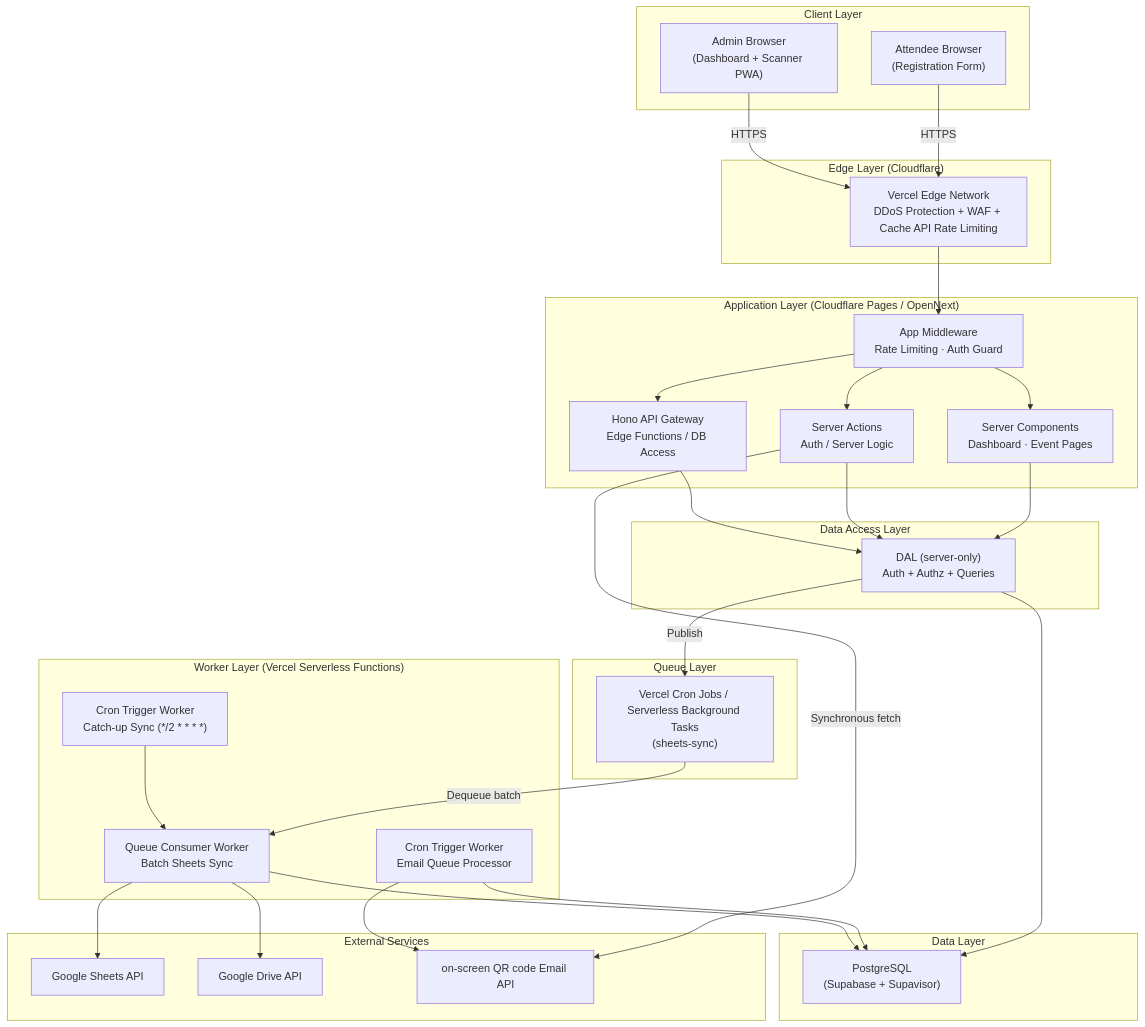
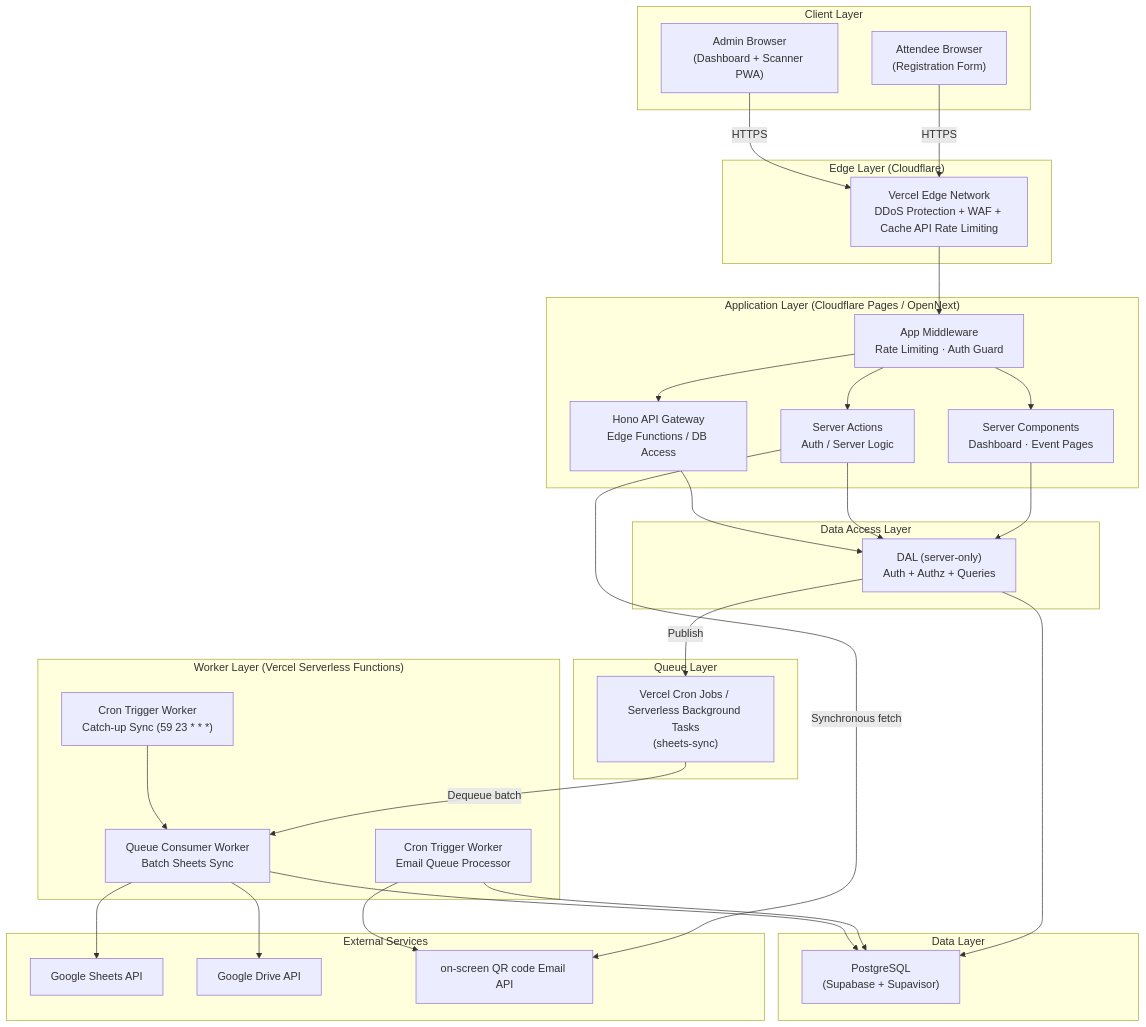
Before and after one commit to christian1202/FlowCheck: the diagram in docs/architecture.md, drawn with Mermaid. The commit also changed 2 other files, not shown here.

Commit message:
fix: update cron schedule to run at 11:59 PM daily

````diff
--- a/docs/architecture.md
+++ b/docs/architecture.md
@@ -13,62 +13,62 @@
 ```mermaid
 graph TB
     subgraph "Client Layer"
         A["Admin Browser<br/>(Dashboard + Scanner PWA)"]
         B["Attendee Browser<br/>(Registration Form)"]
     end
 
     subgraph "Edge Layer (Cloudflare)"
         C["Vercel Edge Network<br/>DDoS Protection + WAF + Cache API Rate Limiting"]
     end
 
     subgraph "Application Layer (Cloudflare Pages / OpenNext)"
         D["Server Components<br/>Dashboard · Event Pages"]
         E["Server Actions<br/>Auth / Server Logic"]
         F["Hono API Gateway<br/>Edge Functions / DB Access"]
         G["App Middleware<br/>Rate Limiting · Auth Guard"]
     end
 
     subgraph "Data Access Layer"
         H["DAL (server-only)<br/>Auth + Authz + Queries"]
     end
 
     subgraph "Data Layer"
         I["PostgreSQL<br/>(Supabase + Supavisor)"]
     end
 
     subgraph "Queue Layer"
         J["Vercel Cron Jobs / Serverless Background Tasks<br/>(sheets-sync)"]
     end
 
     subgraph "Worker Layer (Vercel Serverless Functions)"
         K["Queue Consumer Worker<br/>Batch Sheets Sync"]
-        L["Cron Trigger Worker<br/>Catch-up Sync (*/2 * * * *)"]
+        L["Cron Trigger Worker<br/>Catch-up Sync (59 23 * * *)"]
         P["Cron Trigger Worker<br/>Email Queue Processor"]
     end
 
     subgraph "External Services"
         M["Google Sheets API"]
         N["Google Drive API"]
         O["on-screen QR code Email API"]
     end
 
     B -->|HTTPS| C
     A -->|HTTPS| C
     C --> G
     G --> D
     G --> E
     G --> F
     D --> H
     E --> H
     F --> H
     H --> I
     E -->|Synchronous fetch| O
     H -->|Publish| J
     J -->|Dequeue batch| K
     L --> K
     P --> O
     P --> I
     K --> M
     K --> N
     K --> I
 ```
````
